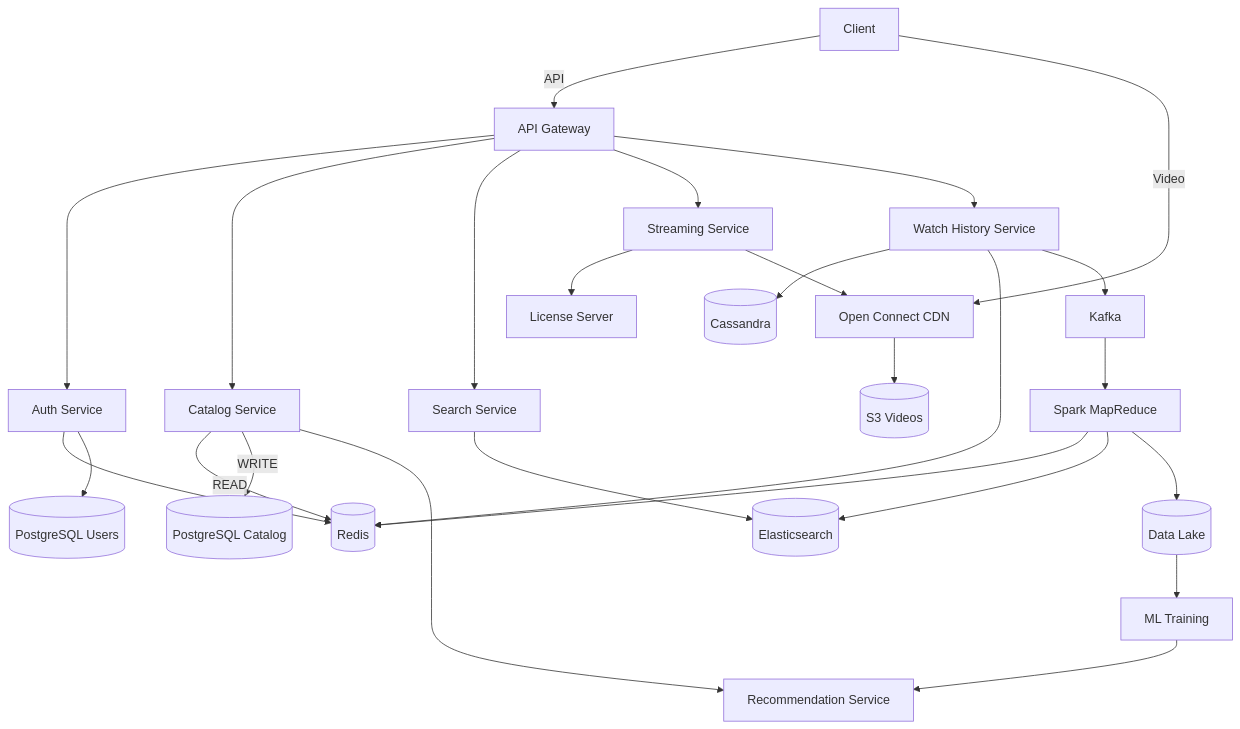
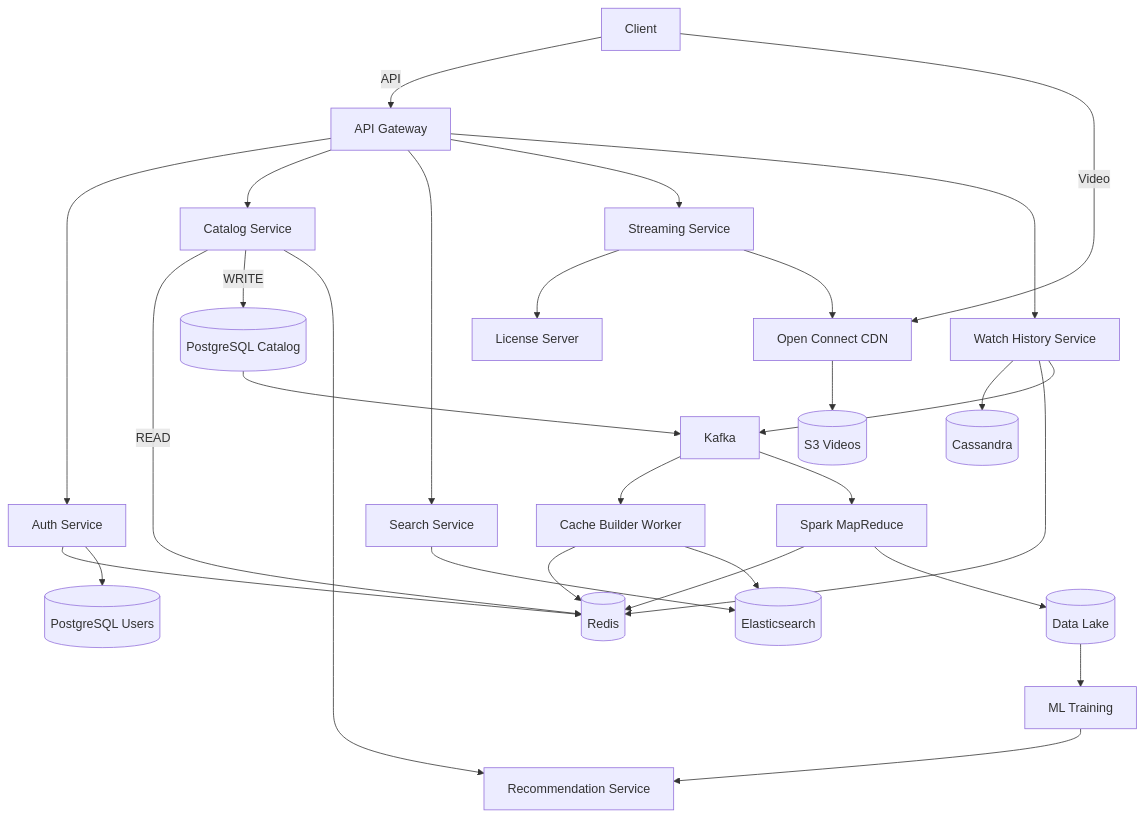
Before and after one commit to BhaveshJachak/netflix-video-streaming: the diagram in Netflix_video_streaming_2.md, drawn with Mermaid.

````diff
--- a/Netflix_video_streaming_2.md
+++ b/Netflix_video_streaming_2.md
@@ -522,36 +522,39 @@
 ```mermaid
 flowchart TD
     C[Client] -->|API| GW[API Gateway]
     C -->|Video| CDN[Open Connect CDN]
     
     GW --> AUTH[Auth Service]
     GW --> CATALOG[Catalog Service]
     GW --> SEARCH[Search Service]
     GW --> STREAM[Streaming Service]
     GW --> HISTORY[Watch History Service]
     
     AUTH --> REDIS[(Redis)]
     AUTH --> PG_USER[(PostgreSQL Users)]
     
     CATALOG -->|READ| REDIS
     CATALOG -->|WRITE| PG_CATALOG[(PostgreSQL Catalog)]
+    PG_CATALOG --> KAFKA[Kafka]
+    KAFKA --> CACHE_WORKER[Cache Builder Worker]
+    CACHE_WORKER --> REDIS
+    CACHE_WORKER --> ES[(Elasticsearch)]
     CATALOG --> REC[Recommendation Service]
     
-    SEARCH --> ES[(Elasticsearch)]
+    SEARCH --> ES
     
     STREAM --> DRM[License Server]
     STREAM --> CDN
     CDN --> S3[(S3 Videos)]
     
     HISTORY --> CASS[(Cassandra)]
     HISTORY --> REDIS
-    HISTORY --> KAFKA[Kafka]
+    HISTORY --> KAFKA
     
     KAFKA --> SPARK[Spark MapReduce]
     SPARK --> REDIS
-    SPARK --> ES
     SPARK --> LAKE[(Data Lake)]
     
     LAKE --> ML[ML Training]
     ML --> REC
 ```
````
